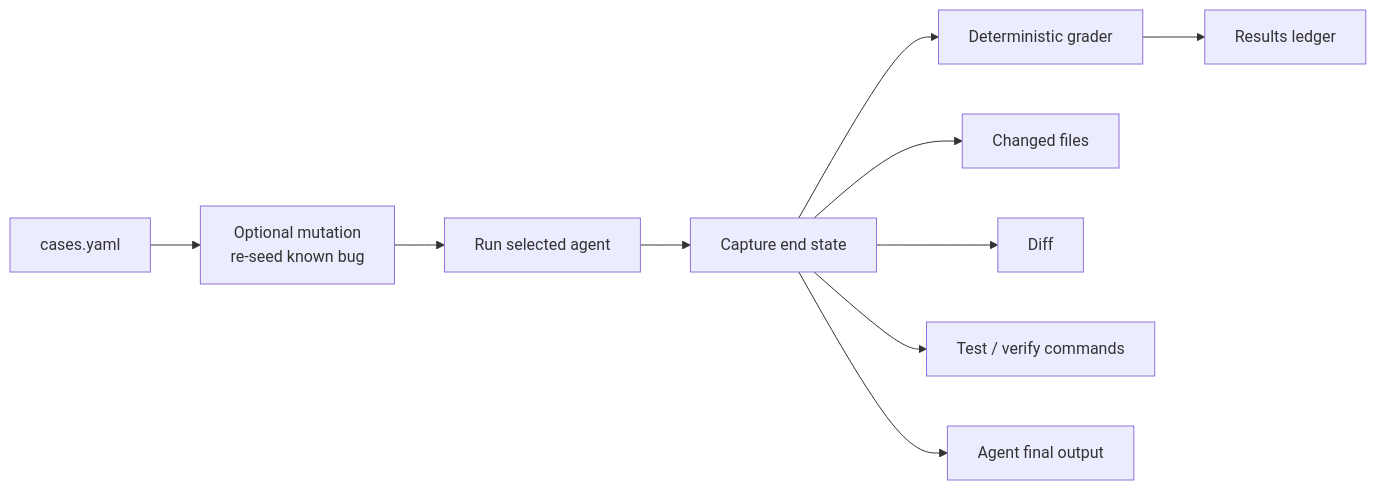
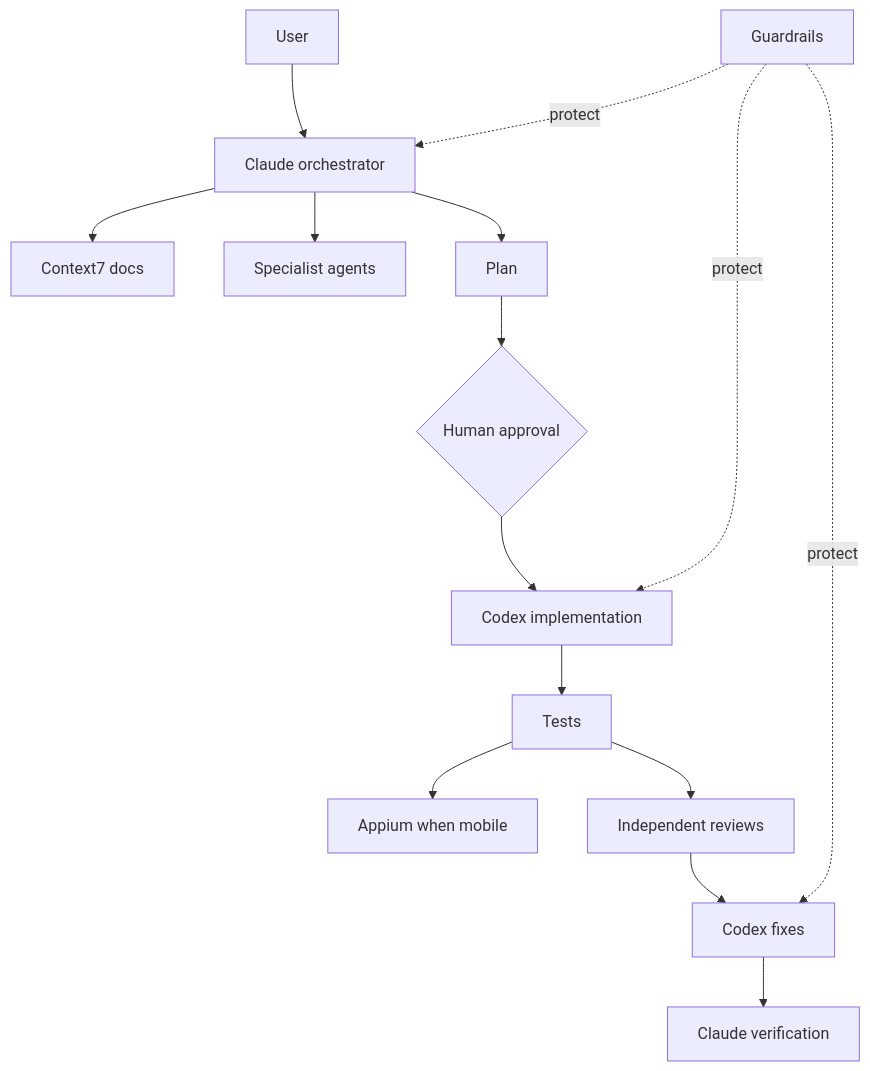
One commit to mohamedma872/ai-agent-workflow-kit changed the second of 2 diagrams in README.md. Above: the diagram before and after it, drawn with Mermaid. The commit also changed other lines of this file, not shown here.

````diff
--- a/README.md
+++ b/README.md
@@ -397,13 +388,22 @@
 ```mermaid
-flowchart LR
-    C[cases.yaml] --> M[Optional mutation<br/>re-seed known bug]
-    M --> A[Run selected agent]
-    A --> S[Capture end state]
-    S --> G[Deterministic grader]
-    G --> R[Results ledger]
+flowchart TB
+    U[User] --> C[Claude orchestrator]
 
-    S --> F[Changed files]
-    S --> D[Diff]
-    S --> T[Test / verify commands]
-    S --> O[Agent final output]
+    C --> D[Context7 docs]
+    C --> S[Specialist agents]
+    C --> P[Plan]
+
+    P --> H{Human approval}
+    H --> X[Codex implementation]
+
+    X --> T[Tests]
+    T --> A[Appium when mobile]
+    T --> R[Independent reviews]
+
+    R --> F[Codex fixes]
+    F --> V[Claude verification]
+
+    G[Guardrails] -. protect .-> C
+    G -. protect .-> X
+    G -. protect .-> F
 ```
````
